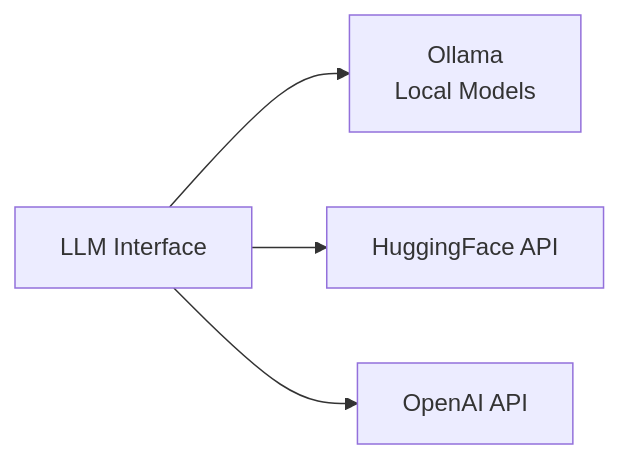
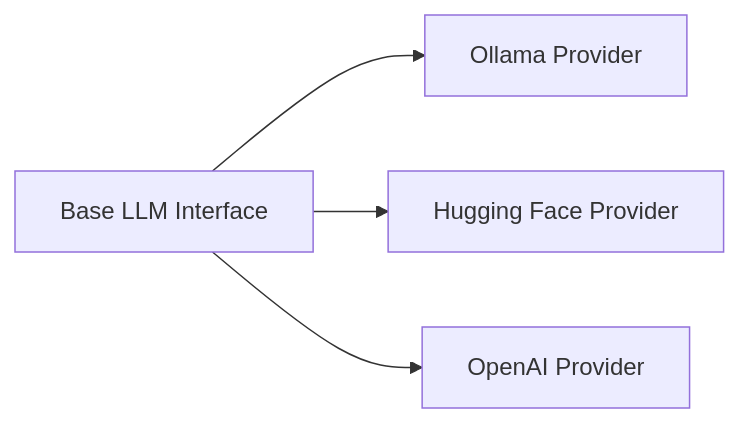
The second of 4 diagrams in docs/ARCHITECTURE.md (krnmah/aiiis), drawn with Mermaid before and after one commit. The commit also changed other lines of this file and 28 other files, not shown here.

````diff
--- a/docs/ARCHITECTURE.md
+++ b/docs/ARCHITECTURE.md
@@ -40,9 +39,6 @@
 ```mermaid
 flowchart LR
-
-A[LLM Interface]
-
-A --> B[Ollama\nLocal Models]
-A --> C[HuggingFace API]
-A --> D[OpenAI API]
+Base[Base LLM Interface] --> Ollama[Ollama Provider]
+Base --> HF[Hugging Face Provider]
+Base --> OpenAI[OpenAI Provider]
 ```
````
